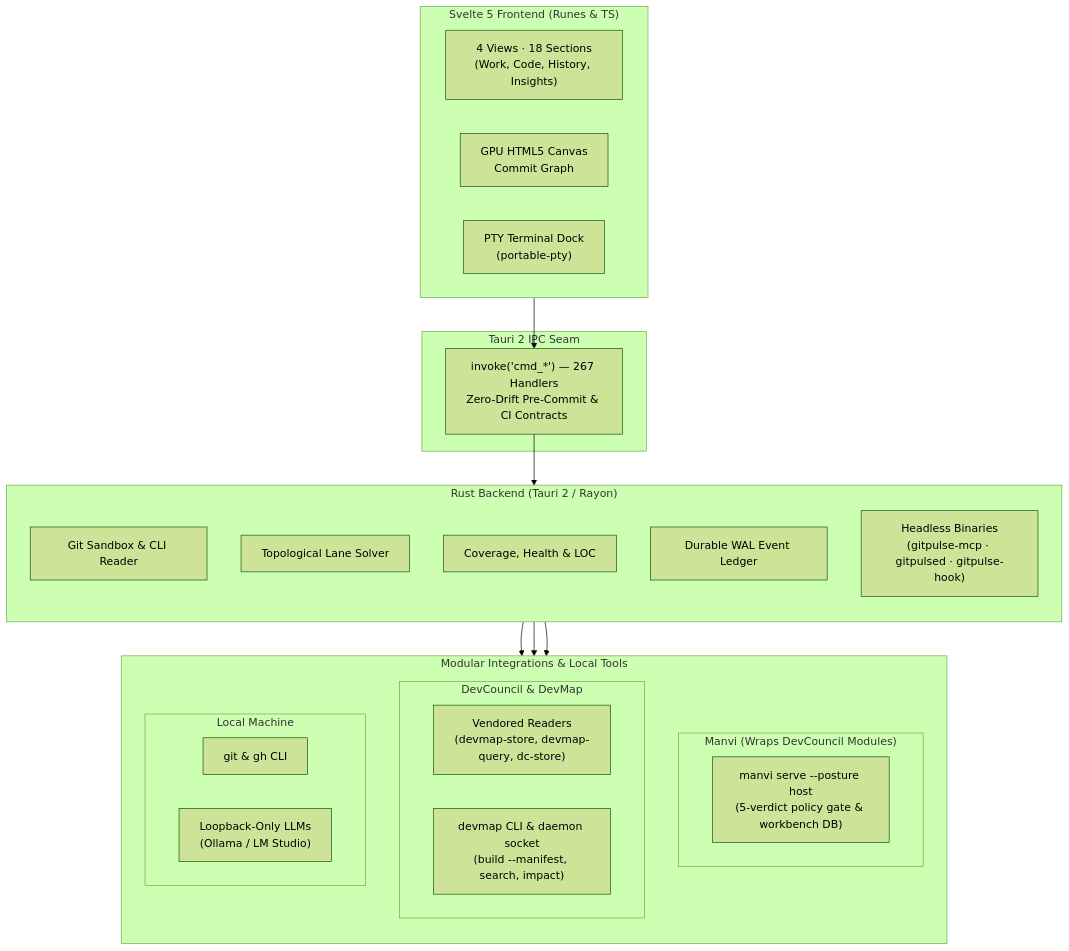
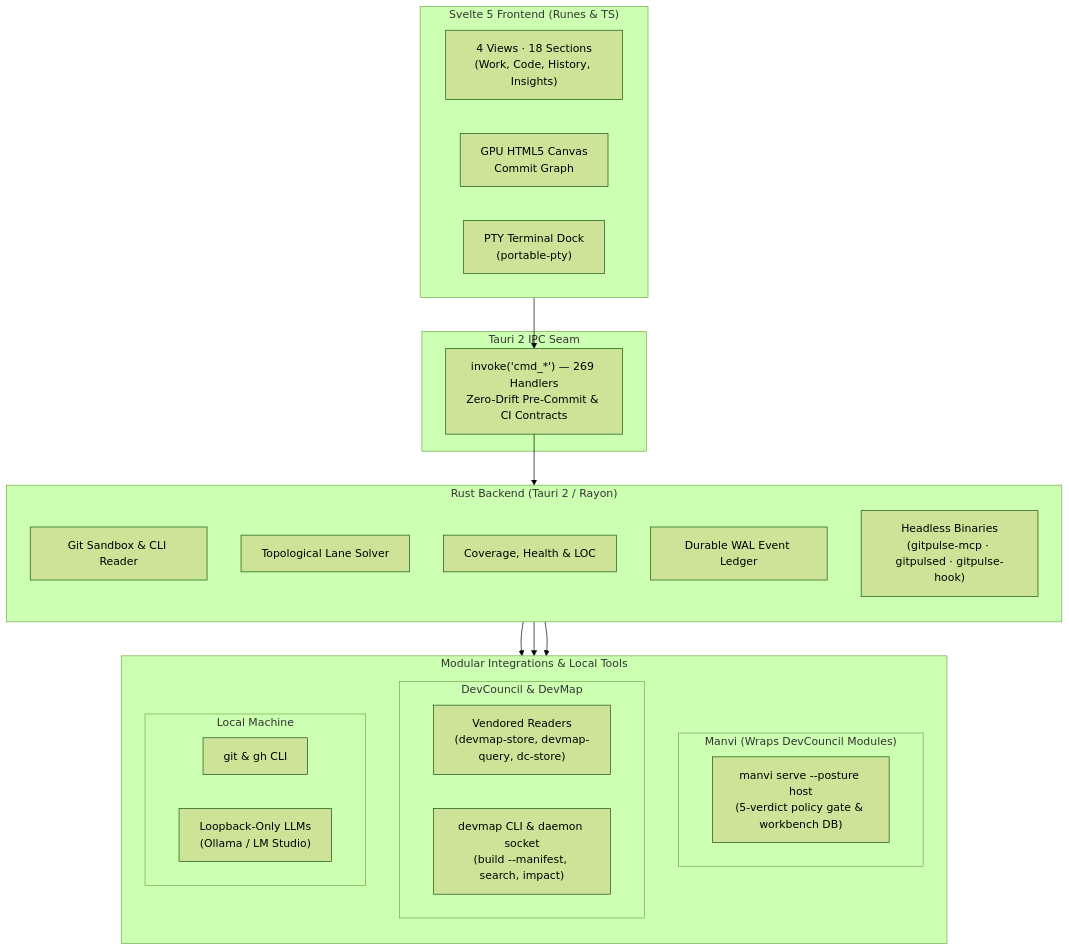
Before and after one commit to bharathvbcr/GitPulse: the diagram in README.md, drawn with Mermaid (forest theme). The commit also changed 12 other files, not shown here.

````diff
--- a/README.md
+++ b/README.md
@@ -123,43 +123,43 @@
 ```mermaid
 flowchart TB
     subgraph Frontend["Svelte 5 Frontend (Runes & TS)"]
         direction LR
         Views["4 Views · 18 Sections<br/>(Work, Code, History, Insights)"]
         Canvas["GPU HTML5 Canvas<br/>Commit Graph"]
         TerminalDock["PTY Terminal Dock<br/>(portable-pty)"]
     end
 
     subgraph IPC["Tauri 2 IPC Seam"]
-        Bridge["invoke('cmd_*') — 267 Handlers<br/>Zero-Drift Pre-Commit & CI Contracts"]
+        Bridge["invoke('cmd_*') — 269 Handlers<br/>Zero-Drift Pre-Commit & CI Contracts"]
     end
 
     subgraph Backend["Rust Backend (Tauri 2 / Rayon)"]
         direction TB
         GitEngine["Git Sandbox & CLI Reader"]
         LaneSolver["Topological Lane Solver"]
         Analyzers["Coverage, Health & LOC"]
         Ledger["Durable WAL Event Ledger"]
         Headless["Headless Binaries<br/>(gitpulse-mcp · gitpulsed · gitpulse-hook)"]
     end
 
     subgraph Integrations["Modular Integrations & Local Tools"]
         direction TB
         subgraph ManviWrap["Manvi (Wraps DevCouncil Modules)"]
             ManviSidecar["manvi serve --posture host<br/>(5-verdict policy gate & workbench DB)"]
         end
         subgraph DevCouncilMods["DevCouncil & DevMap"]
             Vendored["Vendored Readers<br/>(devmap-store, devmap-query, dc-store)"]
             DevMapCLI["devmap CLI & daemon socket<br/>(build --manifest, search, impact)"]
         end
         subgraph LocalTools["Local Machine"]
             CLI["git & gh CLI"]
             LocalLLM["Loopback-Only LLMs<br/>(Ollama / LM Studio)"]
         end
     end
 
     Frontend --> Bridge
     Bridge --> Backend
     Backend --> ManviWrap
     Backend --> DevCouncilMods
     Backend --> LocalTools
 ```
````
